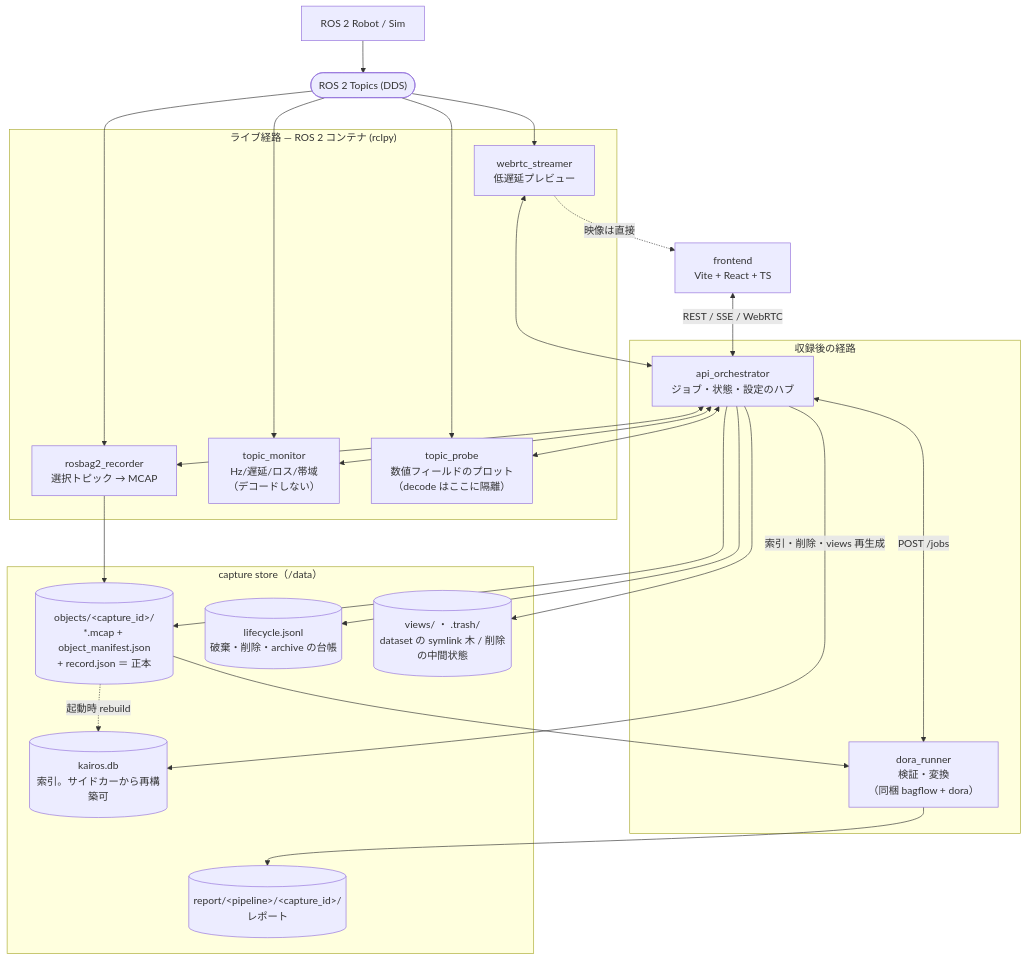
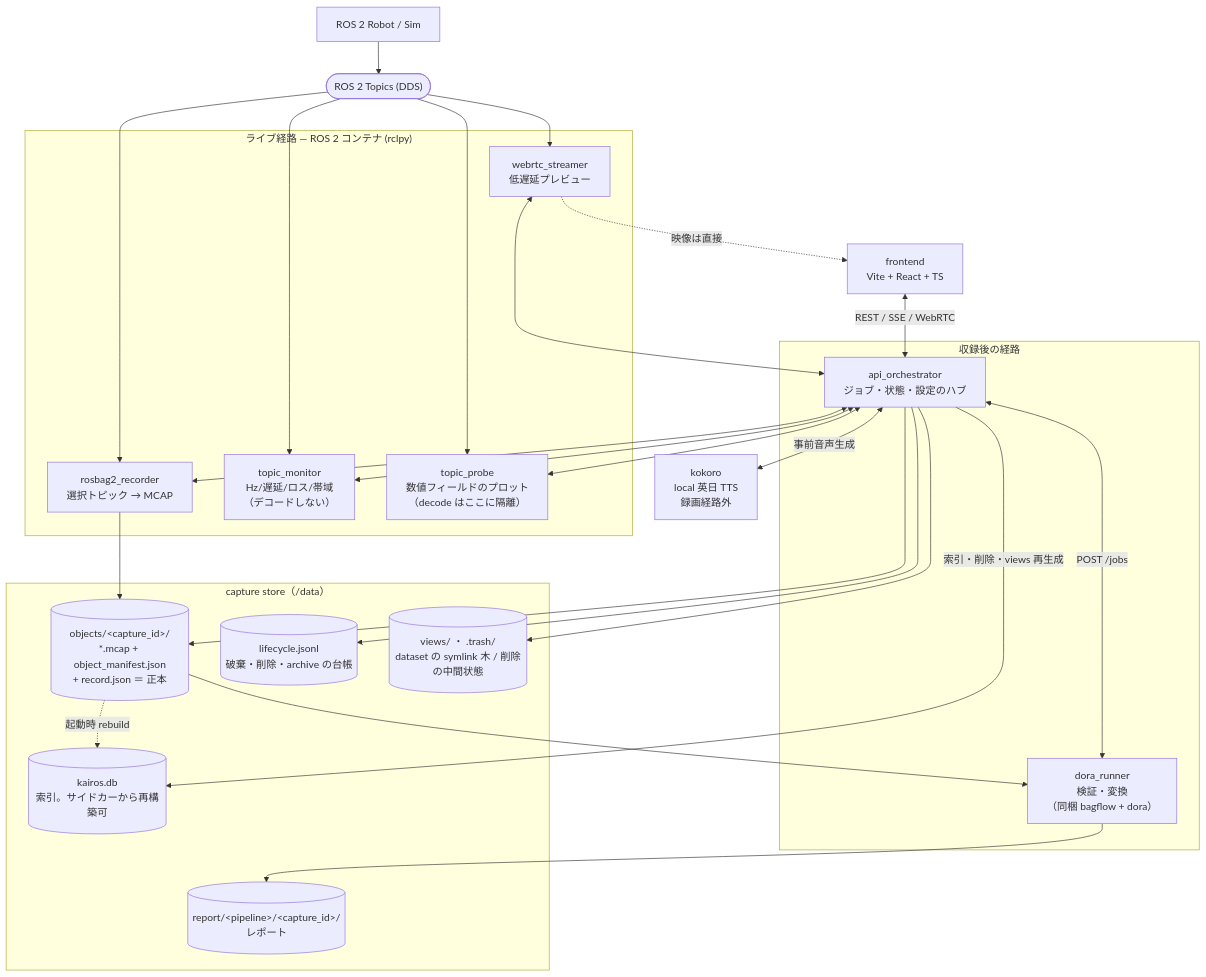
The first of 2 diagrams in README.ja.md (sige0002/kairos), drawn with Mermaid before and after one commit. The commit also changed other lines of this file and 42 other files, not shown here.

````diff
--- a/README.ja.md
+++ b/README.ja.md
@@ -16,37 +16,39 @@
 ```mermaid
 flowchart TB
   ROBOT["ROS 2 Robot / Sim"] --> TOPICS(["ROS 2 Topics (DDS)"])
 
   subgraph live["ライブ経路 — ROS 2 コンテナ (rclpy)"]
     REC["rosbag2_recorder<br/>選択トピック → MCAP"]
     MON["topic_monitor<br/>Hz/遅延/ロス/帯域<br/>（デコードしない）"]
     PROBE["topic_probe<br/>数値フィールドのプロット<br/>（decode はここに隔離）"]
     WEB["webrtc_streamer<br/>低遅延プレビュー"]
   end
 
   subgraph post["収録後の経路"]
     ORC["api_orchestrator<br/>ジョブ・状態・設定のハブ"]
     DR["dora_runner<br/>検証・変換<br/>（同梱 bagflow + dora）"]
   end
 
   FE["frontend<br/>Vite + React + TS"]
+  TTS["kokoro<br/>local 英日 TTS<br/>録画経路外"]
 
   subgraph store["capture store（/data）"]
     MCAP[("objects/&lt;capture_id&gt;/<br/>*.mcap + object_manifest.json<br/>+ record.json ＝ 正本")]
     LEDGER[("lifecycle.jsonl<br/>破棄・削除・archive の台帳")]
     DB[("kairos.db<br/>索引。サイドカーから再構築可")]
     VIEWS[("views/ ・ .trash/<br/>dataset の symlink 木 / 削除の中間状態")]
     OUT[("report/&lt;pipeline&gt;/&lt;capture_id&gt;/<br/>レポート")]
   end
 
   TOPICS --> REC & MON & PROBE & WEB
   REC --> MCAP
   MCAP --> DR --> OUT
   FE <-->|"REST / SSE / WebRTC"| ORC
+  ORC <-->|"事前音声生成"| TTS
   ORC <--> REC & MON & PROBE & WEB
   ORC <-->|"POST /jobs"| DR
   ORC -->|"索引・削除・views 再生成"| DB
   ORC --> MCAP & LEDGER & VIEWS
   MCAP -.->|"起動時 rebuild"| DB
   WEB -.->|"映像は直接"| FE
 ```
````
